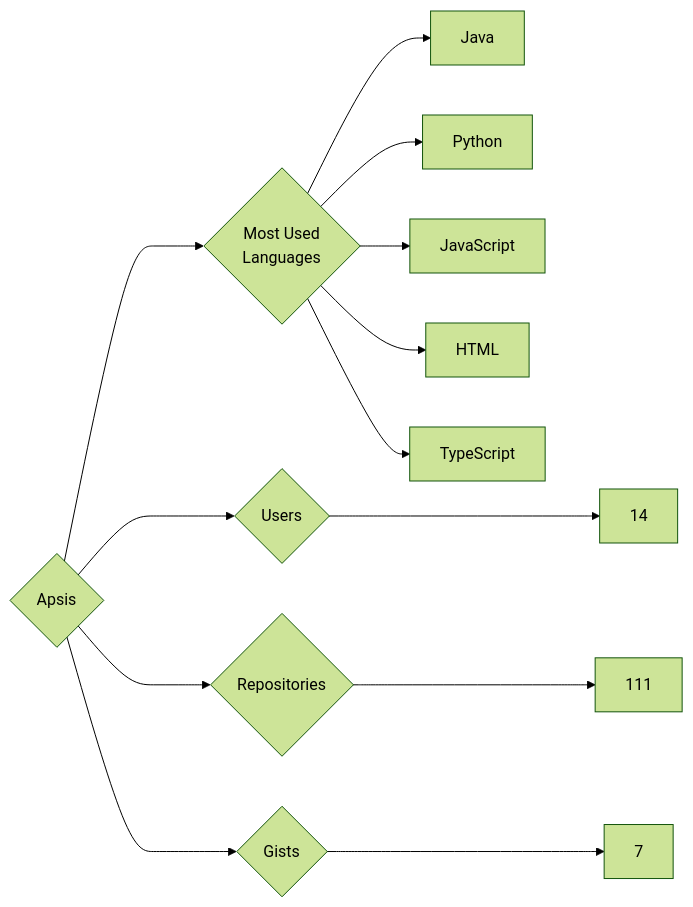
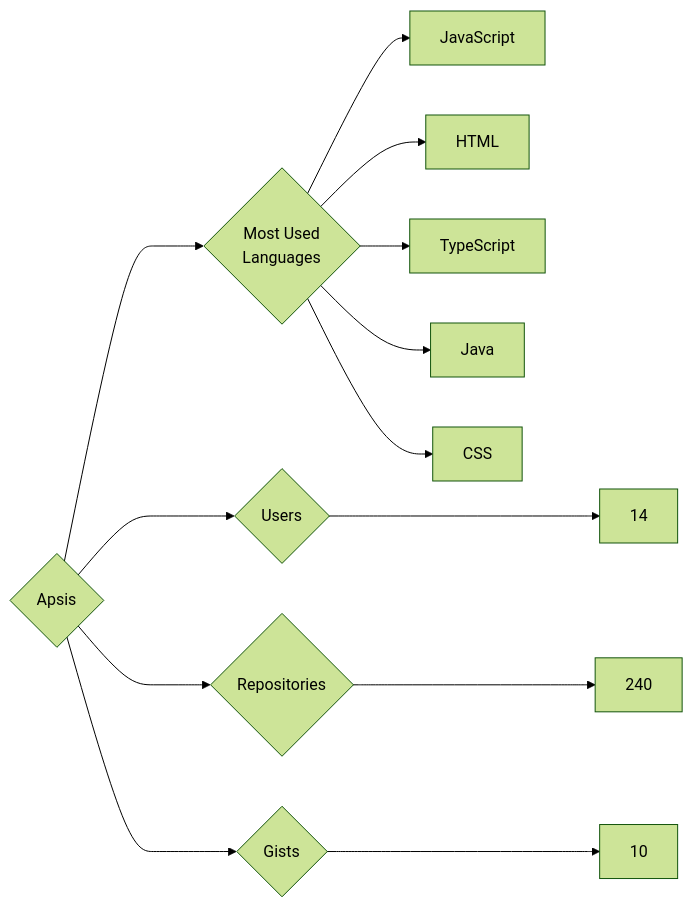
The diagram in targets/Apsis/README.md (trickest/insiders), drawn with Mermaid (forest theme) before and after one commit. The commit also changed 772 other files, not shown here.

````diff
--- a/targets/Apsis/README.md
+++ b/targets/Apsis/README.md
@@ -3,13 +3,13 @@
 ```mermaid
 graph LR
 COMPANY_NAME{Apsis}
 COMPANY_NAME ---> U{Users} ---> UN[14]
-COMPANY_NAME ---> R{Repositories} ---> RN[111]
-COMPANY_NAME ---> G{Gists} ---> GN[7]
+COMPANY_NAME ---> R{Repositories} ---> RN[240]
+COMPANY_NAME ---> G{Gists} ---> GN[10]
 COMPANY_NAME ---> ML{Most Used<br>Languages}
-ML --> Java[Java]
-ML --> Python[Python]
 ML --> JavaScript[JavaScript]
 ML --> HTML[HTML]
 ML --> TypeScript[TypeScript]
+ML --> Java[Java]
+ML --> CSS[CSS]
 ```
````
